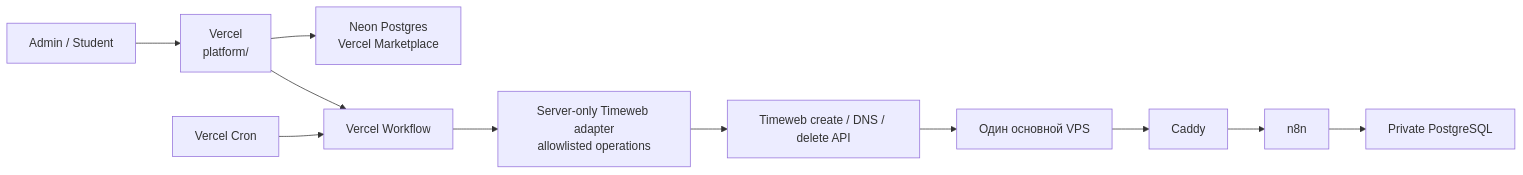
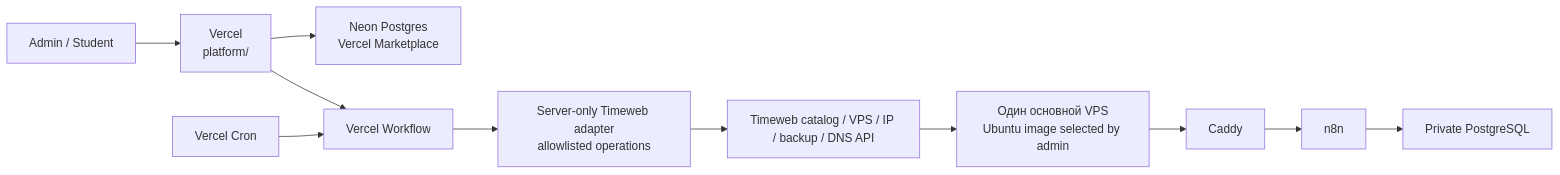
Before and after one commit to marcusaure1ius/alfa-ai-course: the first of 3 diagrams in docs/architecture.md, drawn with Mermaid. The commit also changed other lines of this file and 18 other files, not shown here.

````diff
--- a/docs/architecture.md
+++ b/docs/architecture.md
@@ -16,13 +16,13 @@
 ```mermaid
 flowchart LR
   U["Admin / Student"] --> V["Vercel\nplatform/"]
   V --> DB["Neon Postgres\nVercel Marketplace"]
   V --> WF["Vercel Workflow"]
   CR["Vercel Cron"] --> WF
   WF --> A["Server-only Timeweb adapter\nallowlisted operations"]
-  A --> TW["Timeweb create / DNS / delete API"]
-  TW --> VPS["Один основной VPS"]
+  A --> TW["Timeweb catalog / VPS / IP / backup / DNS API"]
+  TW --> VPS["Один основной VPS\nUbuntu image selected by admin"]
   VPS --> C["Caddy"]
   C --> N["n8n"]
   N --> P["Private PostgreSQL"]
 ```
````
